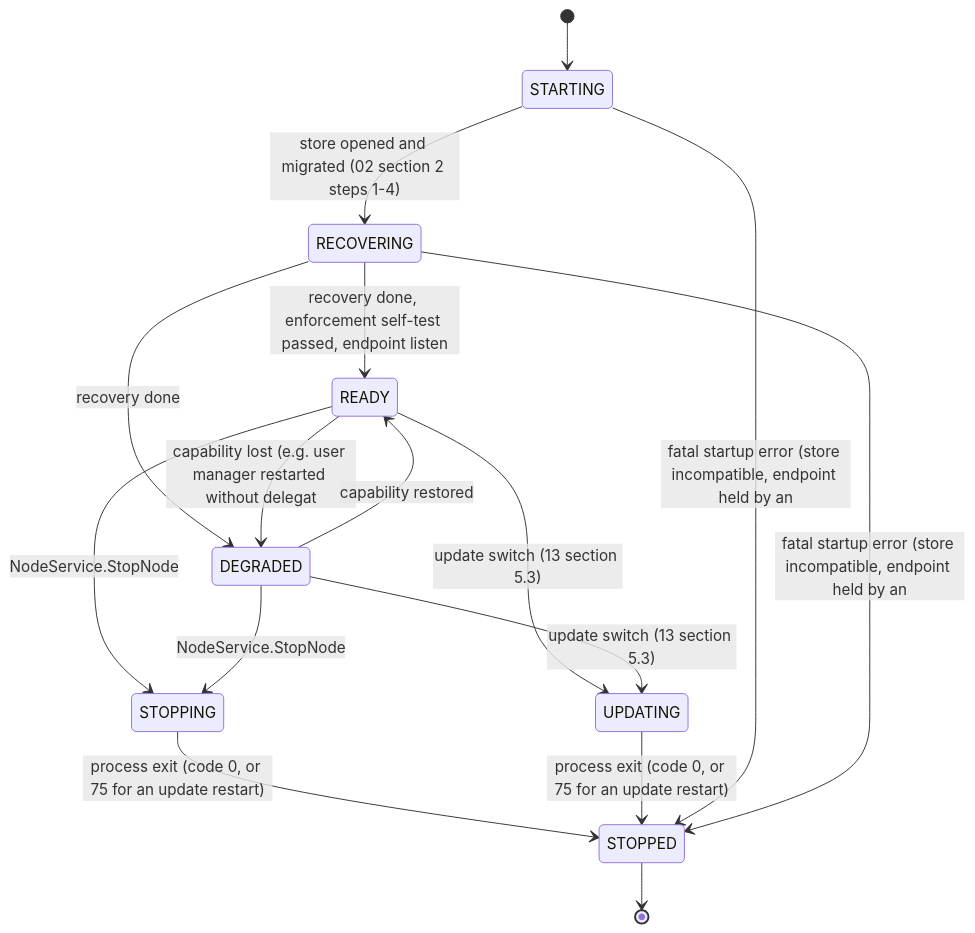
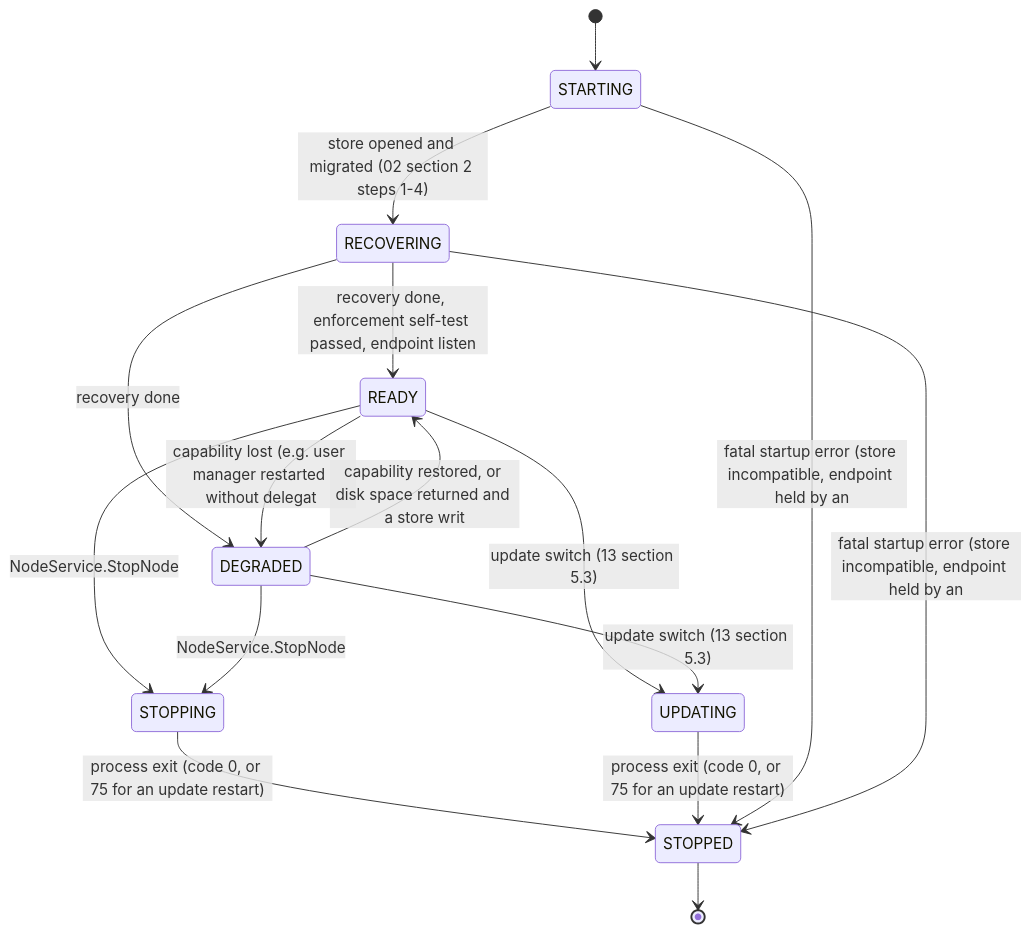
One commit to ArcForges/ArcForges-Design changed the fourth of 19 diagrams in docs/state-machines/README.md. Above: the diagram before and after it, drawn with Mermaid. The commit also changed other lines of this file and 49 other files, not shown here.

````diff
--- a/docs/state-machines/README.md
+++ b/docs/state-machines/README.md
@@ -176,18 +176,18 @@
 ```mermaid
 stateDiagram-v2
   [*] --> STARTING
   STARTING --> RECOVERING : store opened and migrated (02 section 2 steps 1-4)
   RECOVERING --> READY : recovery done, enforcement self-test passed, endpoint listen
   RECOVERING --> DEGRADED : recovery done
   READY --> DEGRADED : capability lost (e.g. user manager restarted without delegat
-  DEGRADED --> READY : capability restored
+  DEGRADED --> READY : capability restored, or disk space returned and a store writ
   READY --> STOPPING : NodeService.StopNode
   DEGRADED --> STOPPING : NodeService.StopNode
   READY --> UPDATING : update switch (13 section 5.3)
   DEGRADED --> UPDATING : update switch (13 section 5.3)
   STOPPING --> STOPPED : process exit (code 0, or 75 for an update restart)
   UPDATING --> STOPPED : process exit (code 0, or 75 for an update restart)
   STARTING --> STOPPED : fatal startup error (store incompatible, endpoint held by an
   RECOVERING --> STOPPED : fatal startup error (store incompatible, endpoint held by an
   STOPPED --> [*]
 ```
````
